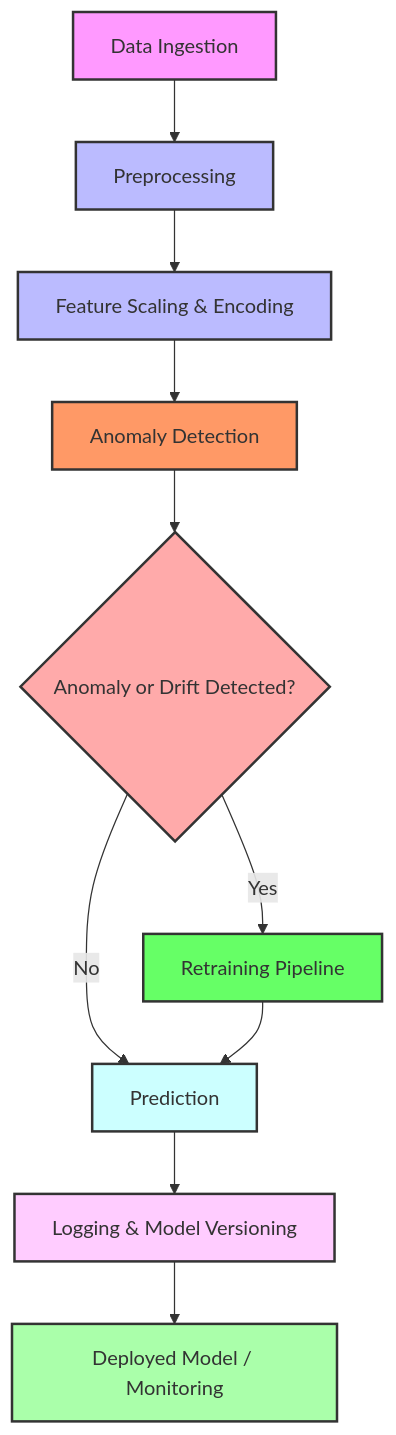
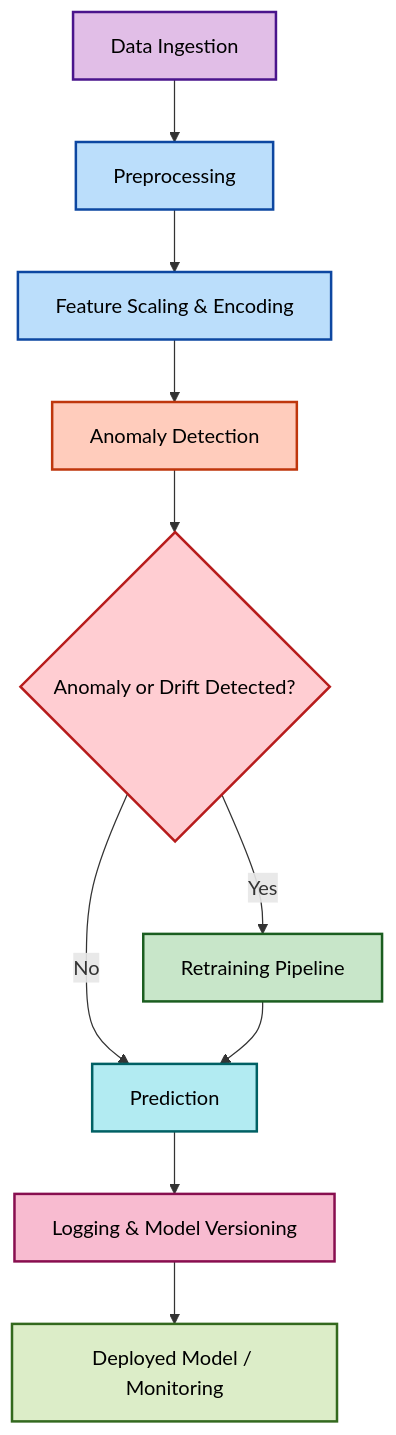
The diagram in README.md (rewatevijaykumar/self-healing-ml-pipeline-for-diabetes-prediction), drawn with Mermaid before and after one commit.

````diff
--- a/README.md
+++ b/README.md
@@ -28,22 +28,23 @@
 ```mermaid
 flowchart TD
     A[Data Ingestion] --> B[Preprocessing]
     B --> C[Feature Scaling & Encoding]
     C --> D[Anomaly Detection]
     D --> E{Anomaly or Drift Detected?}
     E -- No --> F[Prediction]
     E -- Yes --> G[Retraining Pipeline]
     G --> F
     F --> H[Logging & Model Versioning]
     H --> I[Deployed Model / Monitoring]
 
-    style A fill:#f9f,stroke:#333,stroke-width:2px
-    style B fill:#bbf,stroke:#333,stroke-width:2px
-    style C fill:#bbf,stroke:#333,stroke-width:2px
-    style D fill:#f96,stroke:#333,stroke-width:2px
-    style E fill:#faa,stroke:#333,stroke-width:2px
-    style G fill:#6f6,stroke:#333,stroke-width:2px
-    style F fill:#cff,stroke:#333,stroke-width:2px
-    style H fill:#fcf,stroke:#333,stroke-width:2px
-    style I fill:#afa,stroke:#333,stroke-width:2px
+    style A fill:#E1BEE7,color:#000,stroke:#4A148C,stroke-width:2px
+    style B fill:#BBDEFB,color:#000,stroke:#0D47A1,stroke-width:2px
+    style C fill:#BBDEFB,color:#000,stroke:#0D47A1,stroke-width:2px
+    style D fill:#FFCCBC,color:#000,stroke:#BF360C,stroke-width:2px
+    style E fill:#FFCDD2,color:#000,stroke:#B71C1C,stroke-width:2px
+    style F fill:#B2EBF2,color:#000,stroke:#006064,stroke-width:2px
+    style G fill:#C8E6C9,color:#000,stroke:#1B5E20,stroke-width:2px
+    style H fill:#F8BBD0,color:#000,stroke:#880E4F,stroke-width:2px
+    style I fill:#DCEDC8,color:#000,stroke:#33691E,stroke-width:2px
+
 ```
````
